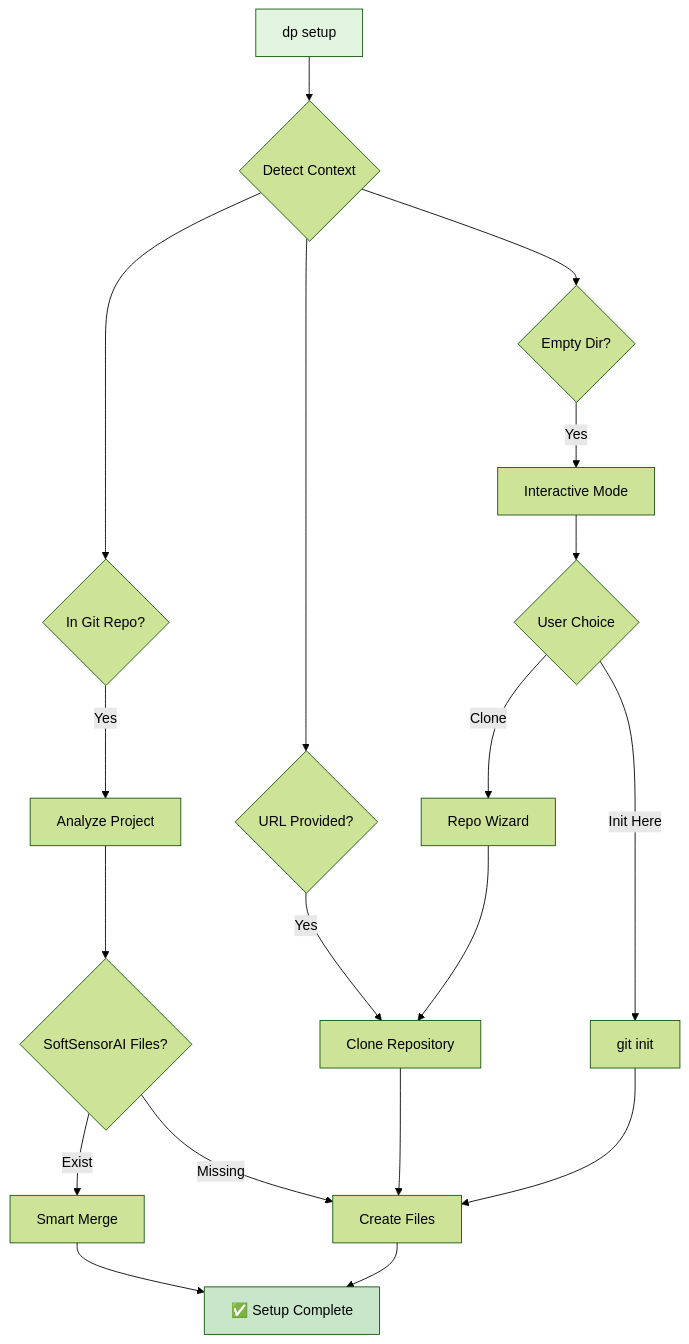
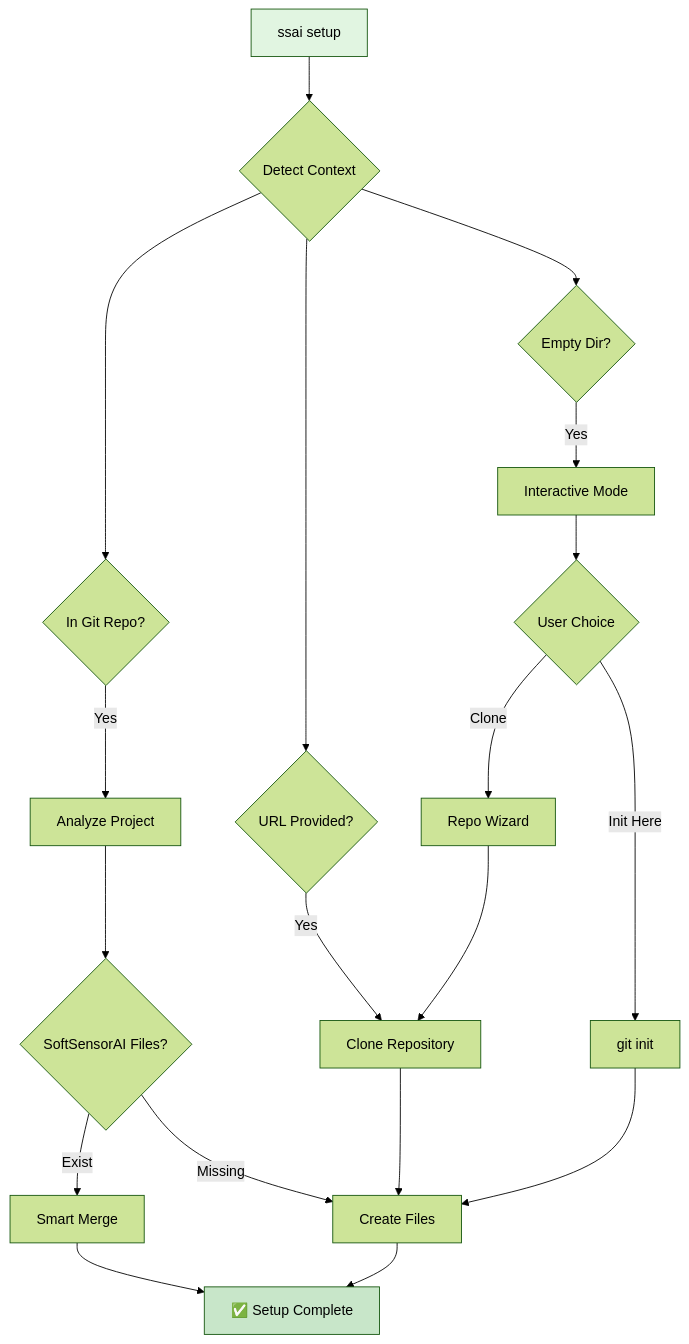
One commit to Softsensor-org/SoftSensorAI changed the diagram in docs/UNIFIED_INTERFACE.md. Above: the diagram before and after it, drawn with Mermaid (forest theme). The commit also changed other lines of this file and 118 other files, not shown here.

````diff
--- a/docs/UNIFIED_INTERFACE.md
+++ b/docs/UNIFIED_INTERFACE.md
@@ -47,29 +47,29 @@
 ```mermaid
 graph TD
-    Start[dp setup] --> Detect{Detect Context}
+    Start[ssai setup] --> Detect{Detect Context}
 
     Detect --> InRepo{In Git Repo?}
     Detect --> HasURL{URL Provided?}
     Detect --> Empty{Empty Dir?}
 
     InRepo -->|Yes| Analyze[Analyze Project]
     Analyze --> CheckFiles{SoftSensorAI Files?}
     CheckFiles -->|Exist| Merge[Smart Merge]
     CheckFiles -->|Missing| Create[Create Files]
 
     HasURL -->|Yes| Clone[Clone Repository]
     Clone --> Create
 
     Empty -->|Yes| Interactive[Interactive Mode]
     Interactive --> Choice{User Choice}
     Choice -->|Init Here| InitGit[git init]
     Choice -->|Clone| Wizard[Repo Wizard]
     InitGit --> Create
     Wizard --> Clone
 
     Merge --> Complete[✅ Setup Complete]
     Create --> Complete
 
     style Start fill:#e1f5e1
     style Complete fill:#c8e6c9
 ```
````
